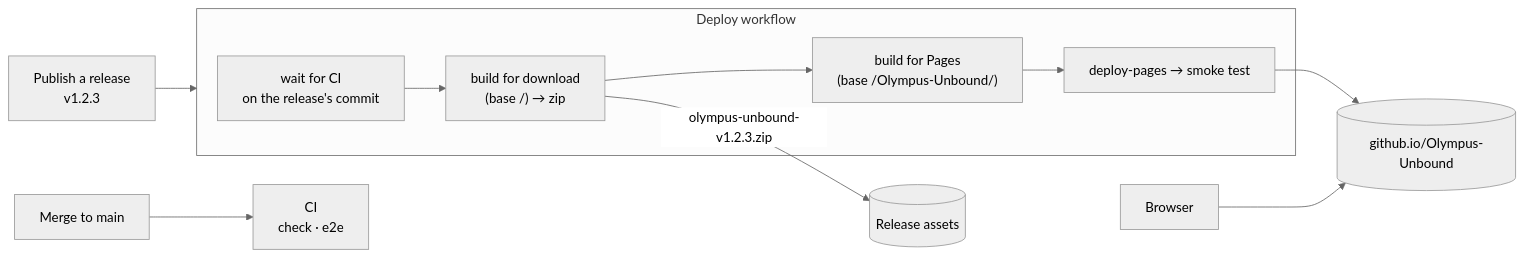
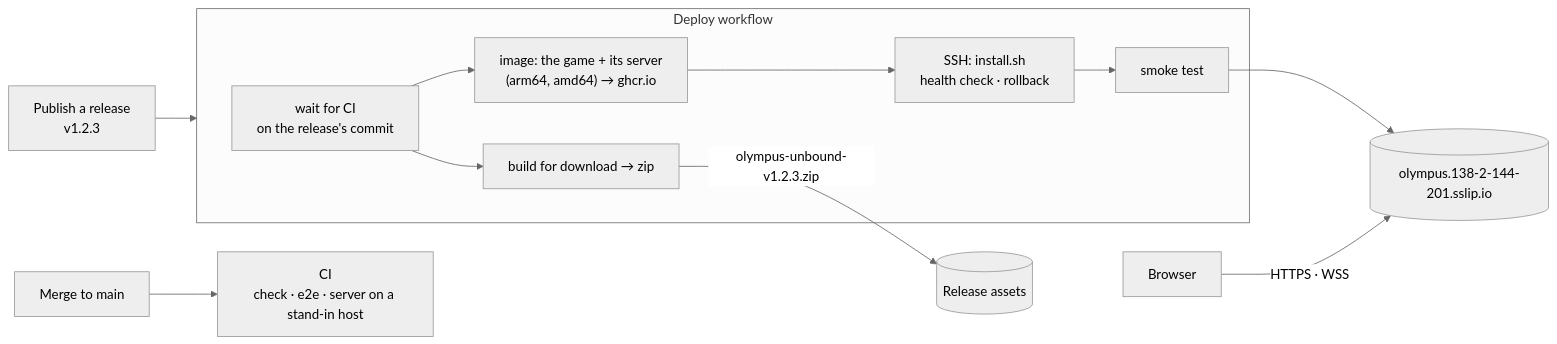
One commit to David-Letonja-CTG/Olympus-Unbound changed the first of 2 diagrams in docs/hosting.md. Above: the diagram before and after it, drawn with Mermaid (neutral theme). The commit also changed other lines of this file and 37 other files, not shown here.

First line of the commit message:
The game on the VM: one address for the game, its rooms and boards (#55)

````diff
--- a/docs/hosting.md
+++ b/docs/hosting.md
@@ -16,13 +15,14 @@
 ```mermaid
 flowchart LR
-  Dev["Merge to main"] --> CI["CI<br/>check · e2e"]
+  Dev["Merge to main"] --> CI["CI<br/>check · e2e · server on a stand-in host"]
   Release["Publish a release<br/>v1.2.3"] --> Deploy
   subgraph Deploy["Deploy workflow"]
-    Wait["wait for CI<br/>on the release's commit"] --> Zip["build for download<br/>(base /) → zip"]
-    Zip --> Pages["build for Pages<br/>(base /Olympus-Unbound/)"]
-    Pages --> Live["deploy-pages → smoke test"]
+    Wait["wait for CI<br/>on the release's commit"] --> Zip["build for download → zip"]
+    Wait --> Image["image: the game + its server<br/>(arm64, amd64) → ghcr.io"]
+    Image --> Install["SSH: install.sh<br/>health check · rollback"]
+    Install --> Smoke["smoke test"]
   end
   Zip -- "olympus-unbound-v1.2.3.zip" --> Assets[("Release assets")]
-  Live --> Site[("github.io/Olympus-Unbound")]
-  Player["Browser"] --> Site
+  Smoke --> Site[("olympus.138-2-144-201.sslip.io")]
+  Player["Browser"] -- "HTTPS · WSS" --> Site
 ```
````
